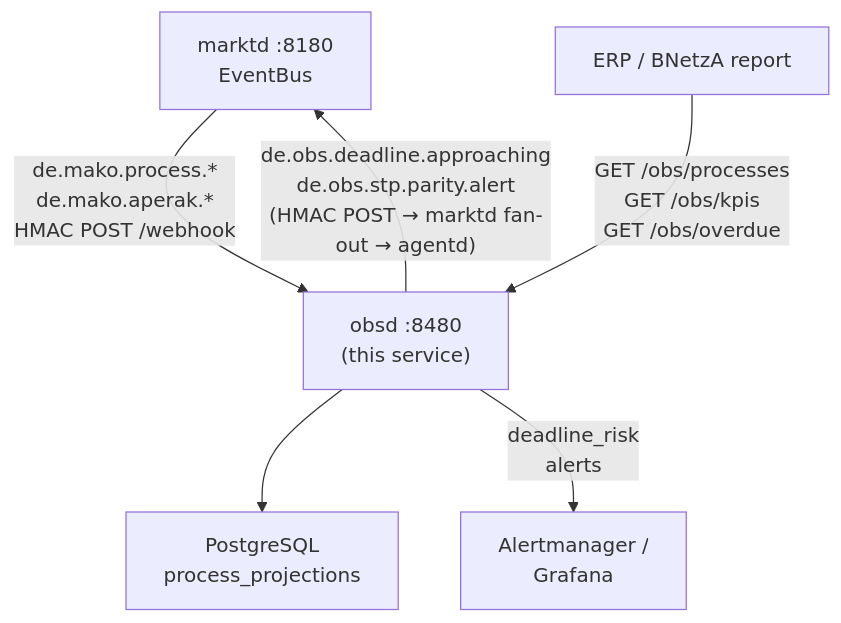
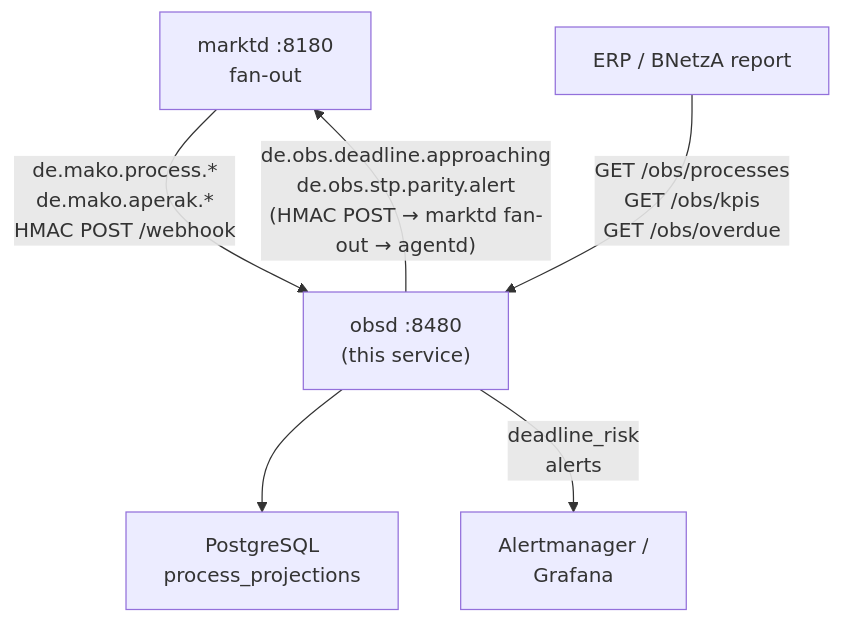
Before and after one commit to hupe1980/mako: the diagram in site/content/docs/services/obsd.md, drawn with Mermaid. The commit also changed other lines of this file and 137 other files, not shown here.

````diff
--- a/site/content/docs/services/obsd.md
+++ b/site/content/docs/services/obsd.md
@@ -21,14 +21,14 @@
 ```mermaid
 graph TB
-    marktd["marktd :8180<br/>EventBus"]
+    marktd["marktd :8180<br/>fan-out"]
     obsd["obsd :8480<br/>(this service)"]
     pg["PostgreSQL<br/>process_projections"]
     alert["Alertmanager /<br/>Grafana"]
     erp["ERP / BNetzA report"]
 
     marktd -->|"de.mako.process.*<br/>de.mako.aperak.*<br/>HMAC POST /webhook"| obsd
     obsd --> pg
     obsd -->|"de.obs.deadline.approaching<br/>de.obs.stp.parity.alert<br/>(HMAC POST → marktd fan-out → agentd)"| marktd
     obsd -->|"deadline_risk<br/>alerts"| alert
     erp -->|"GET /obs/processes<br/>GET /obs/kpis<br/>GET /obs/overdue"| obsd
 ```
````
